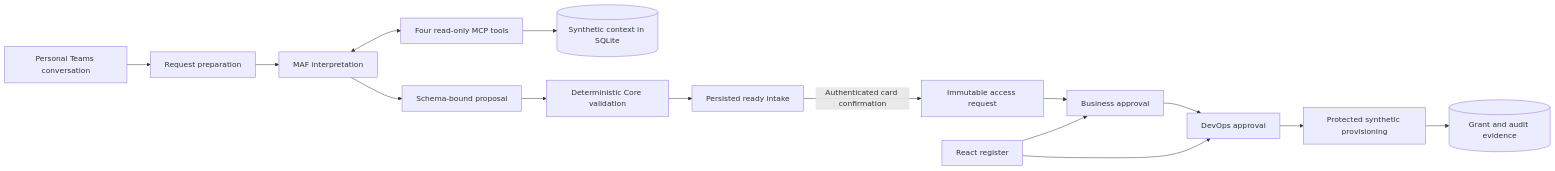
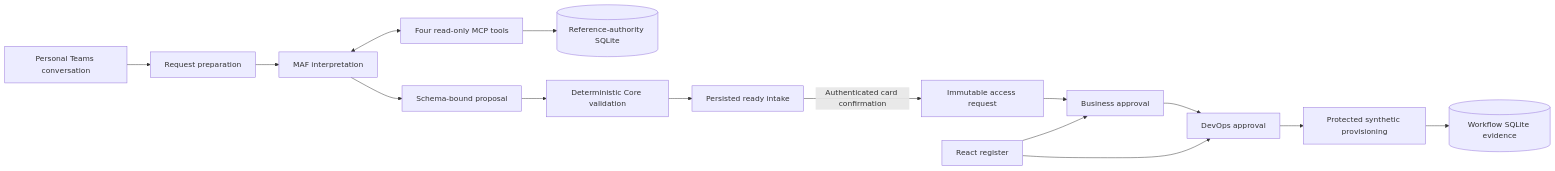
One commit to mariusz-kacz/production-access-request-assistant changed the diagram in README.md. Above: the diagram before and after it, drawn with Mermaid. The commit also changed other lines of this file and 20 other files, not shown here.

````diff
--- a/README.md
+++ b/README.md
@@ -99,17 +100,17 @@
 ```mermaid
 flowchart LR
     Teams[Personal Teams conversation] --> Draft[Request preparation]
     Draft --> AI[MAF interpretation]
     AI <--> MCP[Four read-only MCP tools]
-    MCP --> Context[(Synthetic context in SQLite)]
+    MCP --> Context[(Reference-authority SQLite)]
     AI --> Proposal[Schema-bound proposal]
     Proposal --> Validation[Deterministic Core validation]
     Validation --> Ready[Persisted ready intake]
     Ready -->|Authenticated card confirmation| Request[Immutable access request]
     Request --> Business[Business approval]
     Business --> DevOps[DevOps approval]
     DevOps --> Provisioning[Protected synthetic provisioning]
-    Provisioning --> Evidence[(Grant and audit evidence)]
+    Provisioning --> Evidence[(Workflow SQLite evidence)]
     Web[React register] --> Business
     Web --> DevOps
 ```
````
